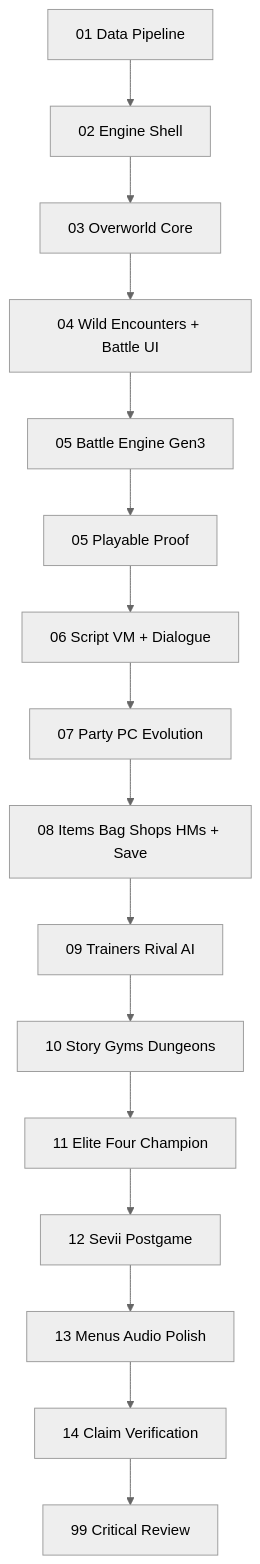
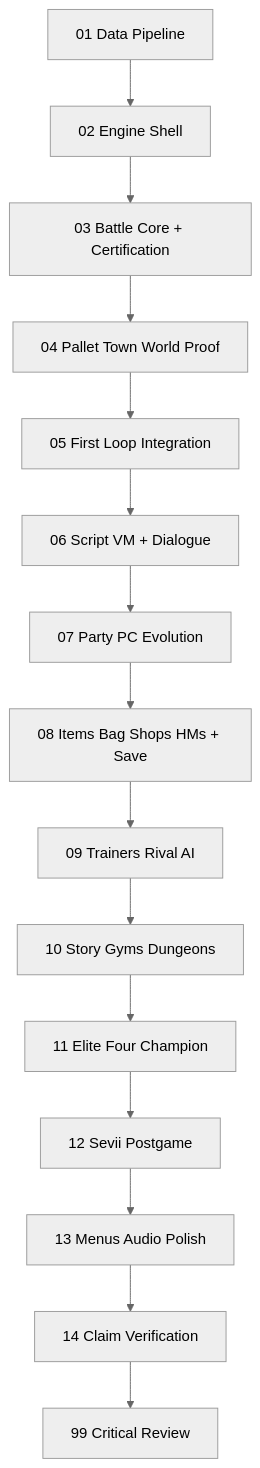
Before and after one commit to DomEscobar/agent-buildprint: the diagram in buildprints/pokemon-fire-red/03-phases/phase-flow.md, drawn with Mermaid (neutral theme). The commit also changed other lines of this file and 26 other files, not shown here.

Commit message:
Tighten Pokemon battle and starter-town proof gates

````diff
--- a/buildprints/pokemon-fire-red/03-phases/phase-flow.md
+++ b/buildprints/pokemon-fire-red/03-phases/phase-flow.md
@@ -22,18 +22,17 @@
 ```mermaid
 flowchart TD
   P01[01 Data Pipeline] --> P02[02 Engine Shell]
-  P02 --> P03[03 Overworld Core]
-  P03 --> P04[04 Wild Encounters + Battle UI]
-  P04 --> P05[05 Battle Engine Gen3]
-  P05 --> P05P[05 Playable Proof]
-  P05P --> P06[06 Script VM + Dialogue]
+  P02 --> P03[03 Battle Core + Certification]
+  P03 --> P04[04 Pallet Town World Proof]
+  P04 --> P05[05 First Loop Integration]
+  P05 --> P06[06 Script VM + Dialogue]
   P06 --> P07[07 Party PC Evolution]
   P07 --> P08[08 Items Bag Shops HMs + Save]
   P08 --> P09[09 Trainers Rival AI]
   P09 --> P10[10 Story Gyms Dungeons]
   P10 --> P11[11 Elite Four Champion]
   P11 --> P12[12 Sevii Postgame]
   P12 --> P13[13 Menus Audio Polish]
   P13 --> P14[14 Claim Verification]
   P14 --> P99[99 Critical Review]
 ```
````
